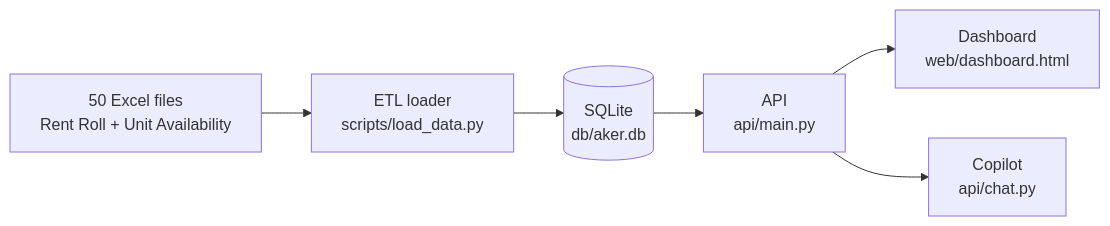
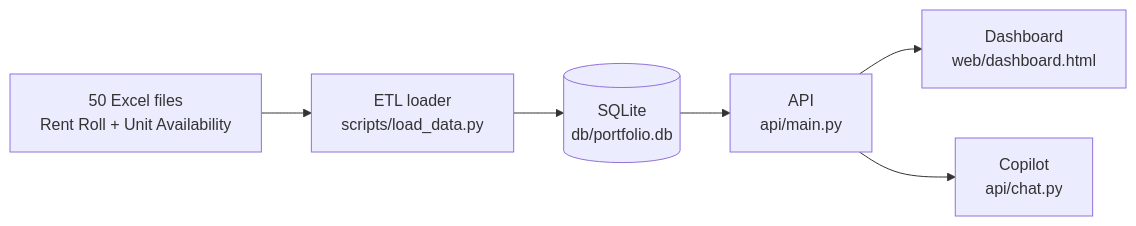
The diagram in README.md (ayaancodes/aker-ai-case-study), drawn with Mermaid before and after one commit. The commit also changed other lines of this file and 68 other files, not shown here.

````diff
--- a/README.md
+++ b/README.md
@@ -23,8 +24,8 @@
 ```mermaid
 flowchart LR
     A["50 Excel files\nRent Roll + Unit Availability"] --> B["ETL loader\nscripts/load_data.py"]
-    B --> C[("SQLite\ndb/aker.db")]
+    B --> C[("SQLite\ndb/portfolio.db")]
     C --> D["API\napi/main.py"]
     D --> E["Dashboard\nweb/dashboard.html"]
     D --> F["Copilot\napi/chat.py"]
 ```
````
